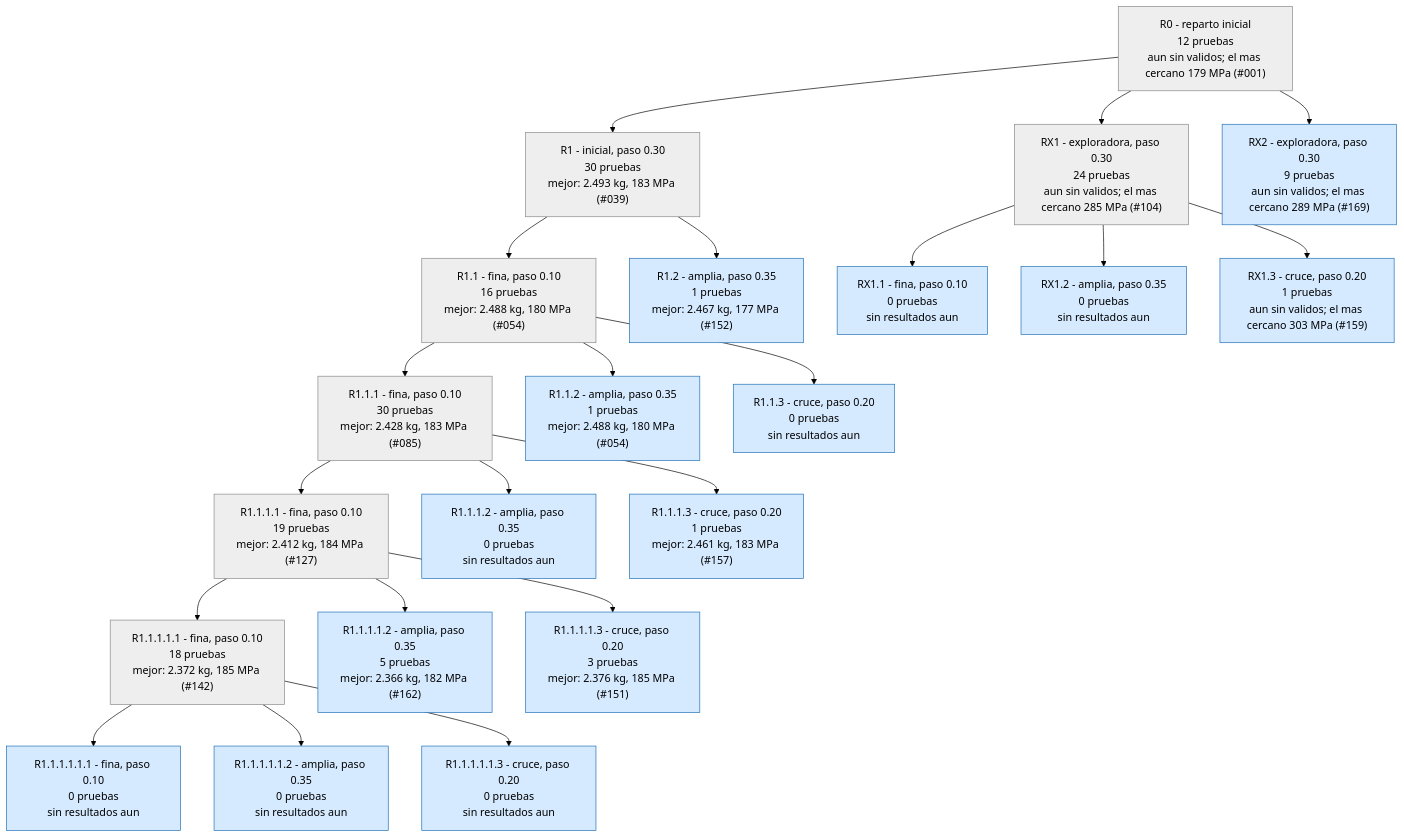
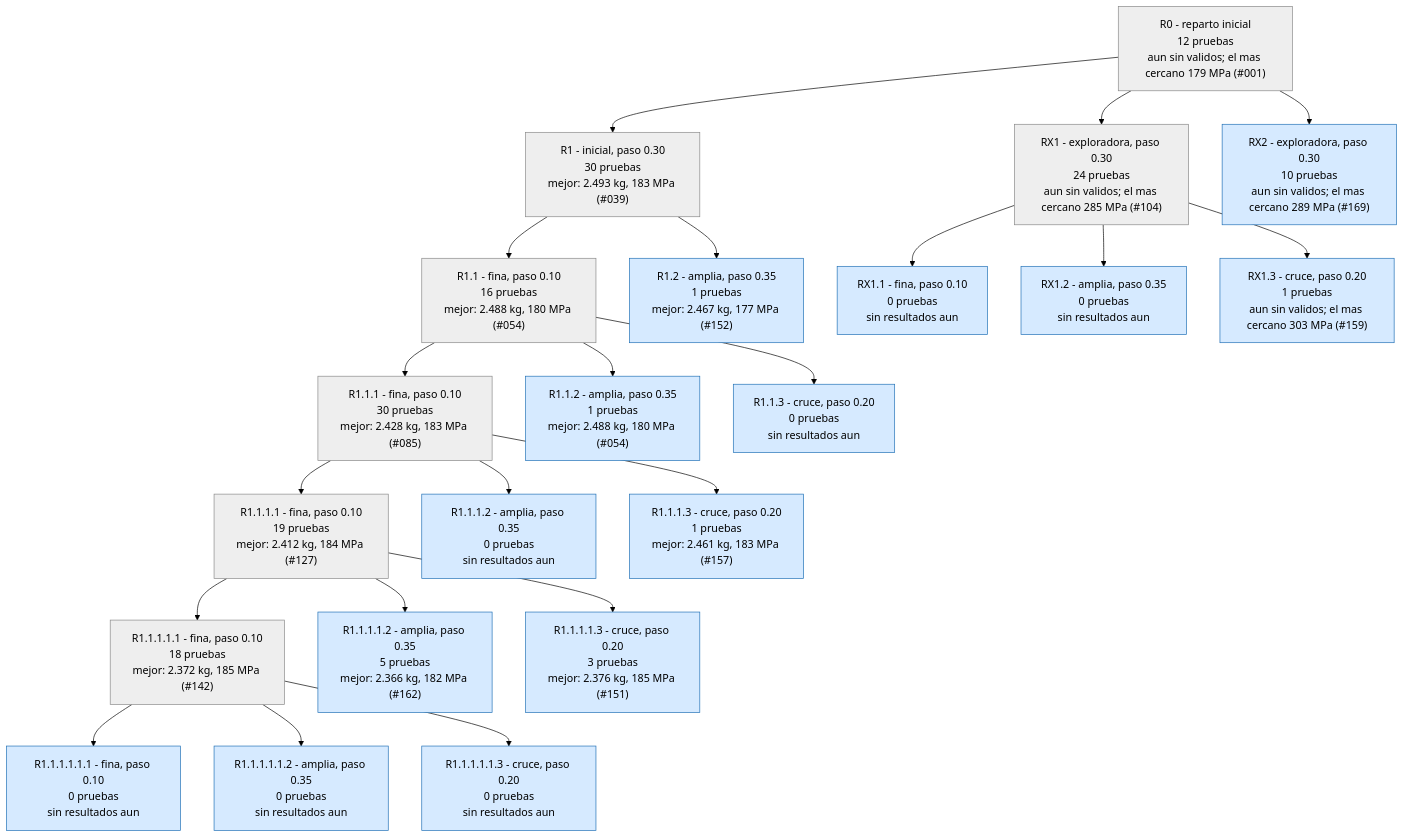
The second of 4 diagrams in runs/opt_37800N/ARBOL.md (Hugiko/msd-soporte-optimizacion), drawn with Mermaid (forest theme) before and after one commit. The commit also changed 20 other files, not shown here.

````diff
--- a/runs/opt_37800N/ARBOL.md
+++ b/runs/opt_37800N/ARBOL.md
@@ -29,47 +29,47 @@
 ```mermaid
 graph TD
 classDef activa fill:#d6eaff,stroke:#1f6fb5,color:#000
 classDef fin fill:#eeeeee,stroke:#888,color:#000
 classDef mejor fill:#c8f0c0,stroke:#1a9850,stroke-width:4px,color:#000
 R0["R0 - reparto inicial<br/>12 pruebas<br/>aun sin validos; el mas cercano 179 MPa (#001)"]:::fin
 R1["R1 - inicial, paso 0.30<br/>30 pruebas<br/>mejor: 2.493 kg, 183 MPa (#039)"]:::fin
 R0 --> R1
 R1_1["R1.1 - fina, paso 0.10<br/>16 pruebas<br/>mejor: 2.488 kg, 180 MPa (#054)"]:::fin
 R1 --> R1_1
 R1_2["R1.2 - amplia, paso 0.35<br/>1 pruebas<br/>mejor: 2.467 kg, 177 MPa (#152)"]:::activa
 R1 --> R1_2
 R1_1_1["R1.1.1 - fina, paso 0.10<br/>30 pruebas<br/>mejor: 2.428 kg, 183 MPa (#085)"]:::fin
 R1_1 --> R1_1_1
 R1_1_2["R1.1.2 - amplia, paso 0.35<br/>1 pruebas<br/>mejor: 2.488 kg, 180 MPa (#054)"]:::activa
 R1_1 --> R1_1_2
 R1_1_3["R1.1.3 - cruce, paso 0.20<br/>0 pruebas<br/>sin resultados aun"]:::activa
 R1_1 --> R1_1_3
 R1_1_1_1["R1.1.1.1 - fina, paso 0.10<br/>19 pruebas<br/>mejor: 2.412 kg, 184 MPa (#127)"]:::fin
 R1_1_1 --> R1_1_1_1
 R1_1_1_2["R1.1.1.2 - amplia, paso 0.35<br/>0 pruebas<br/>sin resultados aun"]:::activa
 R1_1_1 --> R1_1_1_2
 R1_1_1_3["R1.1.1.3 - cruce, paso 0.20<br/>1 pruebas<br/>mejor: 2.461 kg, 183 MPa (#157)"]:::activa
 R1_1_1 --> R1_1_1_3
 RX1["RX1 - exploradora, paso 0.30<br/>24 pruebas<br/>aun sin validos; el mas cercano 285 MPa (#104)"]:::fin
 R0 --> RX1
 RX1_1["RX1.1 - fina, paso 0.10<br/>0 pruebas<br/>sin resultados aun"]:::activa
 RX1 --> RX1_1
 RX1_2["RX1.2 - amplia, paso 0.35<br/>0 pruebas<br/>sin resultados aun"]:::activa
 RX1 --> RX1_2
 RX1_3["RX1.3 - cruce, paso 0.20<br/>1 pruebas<br/>aun sin validos; el mas cercano 303 MPa (#159)"]:::activa
 RX1 --> RX1_3
 R1_1_1_1_1["R1.1.1.1.1 - fina, paso 0.10<br/>18 pruebas<br/>mejor: 2.372 kg, 185 MPa (#142)"]:::fin
 R1_1_1_1 --> R1_1_1_1_1
 R1_1_1_1_2["R1.1.1.1.2 - amplia, paso 0.35<br/>5 pruebas<br/>mejor: 2.366 kg, 182 MPa (#162)"]:::activa
 R1_1_1_1 --> R1_1_1_1_2
 R1_1_1_1_3["R1.1.1.1.3 - cruce, paso 0.20<br/>3 pruebas<br/>mejor: 2.376 kg, 185 MPa (#151)"]:::activa
 R1_1_1_1 --> R1_1_1_1_3
 R1_1_1_1_1_1["R1.1.1.1.1.1 - fina, paso 0.10<br/>0 pruebas<br/>sin resultados aun"]:::activa
 R1_1_1_1_1 --> R1_1_1_1_1_1
 R1_1_1_1_1_2["R1.1.1.1.1.2 - amplia, paso 0.35<br/>0 pruebas<br/>sin resultados aun"]:::activa
 R1_1_1_1_1 --> R1_1_1_1_1_2
 R1_1_1_1_1_3["R1.1.1.1.1.3 - cruce, paso 0.20<br/>0 pruebas<br/>sin resultados aun"]:::activa
 R1_1_1_1_1 --> R1_1_1_1_1_3
-RX2["RX2 - exploradora, paso 0.30<br/>9 pruebas<br/>aun sin validos; el mas cercano 289 MPa (#169)"]:::activa
+RX2["RX2 - exploradora, paso 0.30<br/>10 pruebas<br/>aun sin validos; el mas cercano 289 MPa (#169)"]:::activa
 R0 --> RX2
 ```
````
